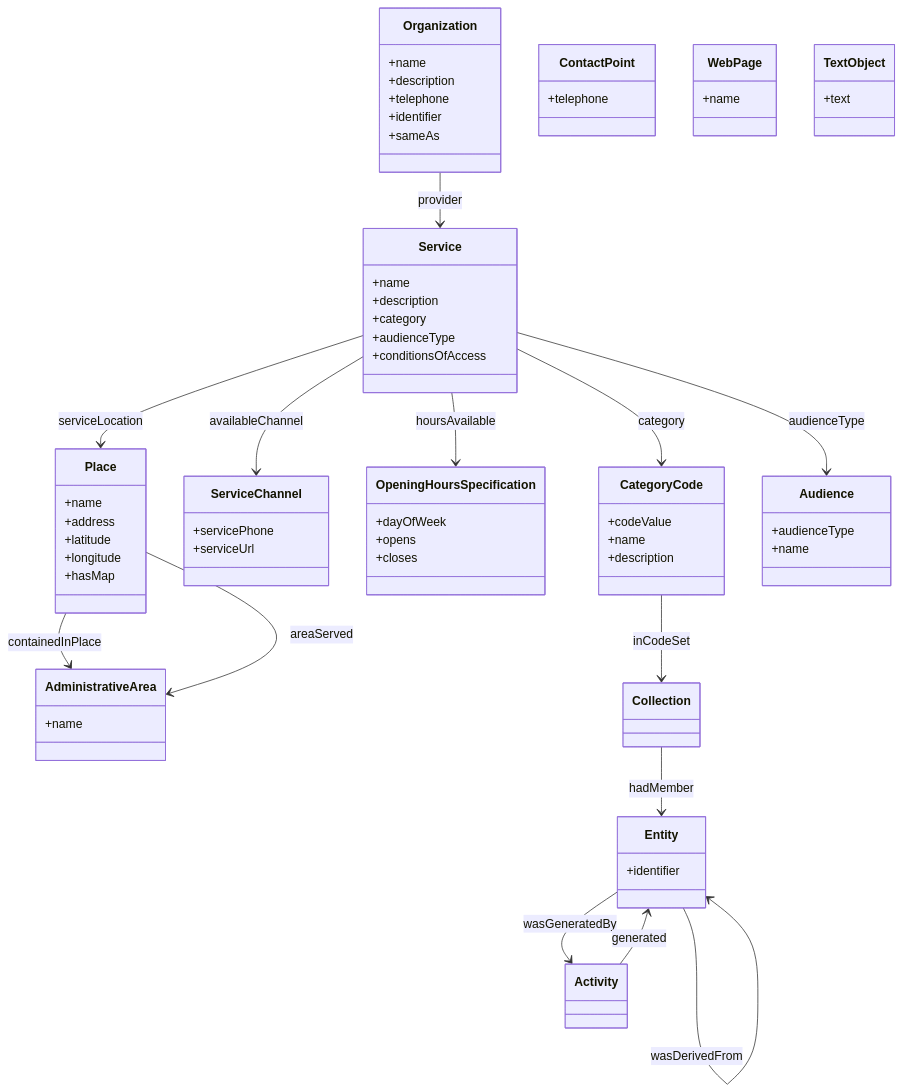
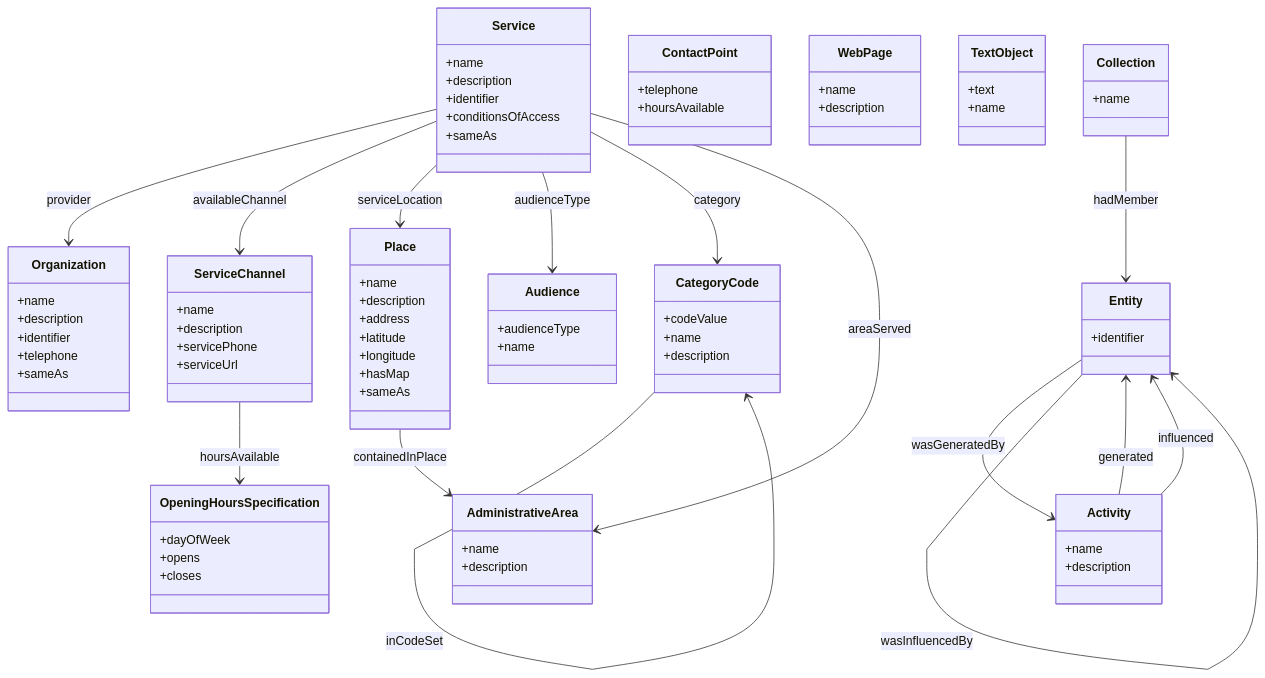
The diagram in docs/examples/dreamkg_overview.md (sbl-sdsc/mcp-proto-okn), drawn with Mermaid before and after one commit. The commit also changed other lines of this file and 10 other files, not shown here.

````diff
--- a/docs/examples/dreamkg_overview.md
+++ b/docs/examples/dreamkg_overview.md
@@ -44,86 +58,103 @@
 ```mermaid
 classDiagram
-    class Organization {
-        +name
-        +description
-        +telephone
-        +identifier
-        +sameAs
-    }
-    
-    class Service {
-        +name
-        +description
-        +category
-        +audienceType
-        +conditionsOfAccess
-    }
-    
-    class Place {
-        +name
-        +address
-        +latitude
-        +longitude
-        +hasMap
-    }
-    
-    class ServiceChannel {
-        +servicePhone
-        +serviceUrl
-    }
-    
-    class OpeningHoursSpecification {
-        +dayOfWeek
-        +opens
-        +closes
-    }
-    
-    class ContactPoint {
-        +telephone
-    }
-    
-    class CategoryCode {
-        +codeValue
-        +name
-        +description
-    }
-    
-    class Audience {
-        +audienceType
-        +name
-    }
-    
-    class AdministrativeArea {
-        +name
-    }
-    
-    class WebPage {
-        +name
-    }
-    
-    class TextObject {
-        +text
-    }
-    
-    class Entity {
-        +identifier
-    }
-    
-    class Activity
-    
-    class Collection
-    
-    Organization --> Service : provider
-    Service --> ServiceChannel : availableChannel
-    Service --> Place : serviceLocation
-    Service --> CategoryCode : category
-    Service --> Audience : audienceType
-    Service --> OpeningHoursSpecification : hoursAvailable
-    Place --> AdministrativeArea : containedInPlace
-    Place --> AdministrativeArea : areaServed
-    CategoryCode --> Collection : inCodeSet
-    Entity --> Activity : wasGeneratedBy
-    Activity --> Entity : generated
-    Entity --> Entity : wasDerivedFrom
-    Collection --> Entity : hadMember
+direction TB
+
+class Organization {
+  +name
+  +description
+  +identifier
+  +telephone
+  +sameAs
+}
+
+class Service {
+  +name
+  +description
+  +identifier
+  +conditionsOfAccess
+  +sameAs
+}
+
+class Place {
+  +name
+  +description
+  +address
+  +latitude
+  +longitude
+  +hasMap
+  +sameAs
+}
+
+class ServiceChannel {
+  +name
+  +description
+  +servicePhone
+  +serviceUrl
+}
+
+class OpeningHoursSpecification {
+  +dayOfWeek
+  +opens
+  +closes
+}
+
+class CategoryCode {
+  +codeValue
+  +name
+  +description
+}
+
+class Audience {
+  +audienceType
+  +name
+}
+
+class ContactPoint {
+  +telephone
+  +hoursAvailable
+}
+
+class AdministrativeArea {
+  +name
+  +description
+}
+
+class WebPage {
+  +name
+  +description
+}
+
+class TextObject {
+  +text
+  +name
+}
+
+class Entity {
+  +identifier
+}
+
+class Activity {
+  +name
+  +description
+}
+
+class Collection {
+  +name
+}
+
+Service --> Organization : provider
+Service --> ServiceChannel : availableChannel
+Service --> Place : serviceLocation
+Service --> Audience : audienceType
+Service --> CategoryCode : category
+Service --> AdministrativeArea : areaServed
+ServiceChannel --> OpeningHoursSpecification : hoursAvailable
+Place --> AdministrativeArea : containedInPlace
+CategoryCode --> CategoryCode : inCodeSet
+Entity --> Activity : wasGeneratedBy
+Entity --> Entity : wasDerivedFrom
+Activity --> Entity : generated
+Collection --> Entity : hadMember
+Entity --> Entity : wasInfluencedBy
+Activity --> Entity : influenced
 ```
````
